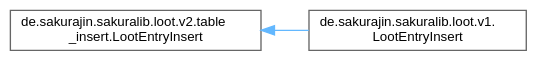
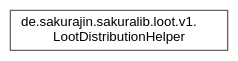
One commit to noah1510/sakura-lib changed the diagram in inherit_graph_24.dot. Above: the diagram before and after it, drawn with Graphviz. The commit also changed 187 other files, not shown here.

```diff
--- a/inherit_graph_24.dot
+++ b/inherit_graph_24.dot
@@ -1,11 +1,9 @@
 digraph "Graphical Class Hierarchy"
 {
  // LATEX_PDF_SIZE
   bgcolor="transparent";
   edge [fontname=Helvetica,fontsize=10,labelfontname=Helvetica,labelfontsize=10];
   node [fontname=Helvetica,fontsize=10,shape=box,height=0.2,width=0.4];
   rankdir="LR";
-  Node0 [label="de.sakurajin.sakuralib.loot.v2.table\l_insert.LootEntryInsert",height=0.2,width=0.4,color="grey40", fillcolor="white", style="filled",URL="$classde_1_1sakurajin_1_1sakuralib_1_1loot_1_1v2_1_1table__insert_1_1LootEntryInsert.html",tooltip="A class that represents an entry that should be inserted into a loot table."];
-  Node0 -> Node1 [dir="back",color="steelblue1",style="solid"];
-  Node1 [label="de.sakurajin.sakuralib.loot.v1.\lLootEntryInsert",height=0.2,width=0.4,color="grey40", fillcolor="white", style="filled",URL="$classde_1_1sakurajin_1_1sakuralib_1_1loot_1_1v1_1_1LootEntryInsert.html",tooltip="A class that represents an entry that should be inserted into a loot table."];
+  Node0 [label="de.sakurajin.sakuralib.loot.v1.\lLootDistributionHelper",height=0.2,width=0.4,color="grey40", fillcolor="white", style="filled",URL="$classde_1_1sakurajin_1_1sakuralib_1_1loot_1_1v1_1_1LootDistributionHelper.html",tooltip="This class can be used to create weight distributions for loot tables."];
 }
```
